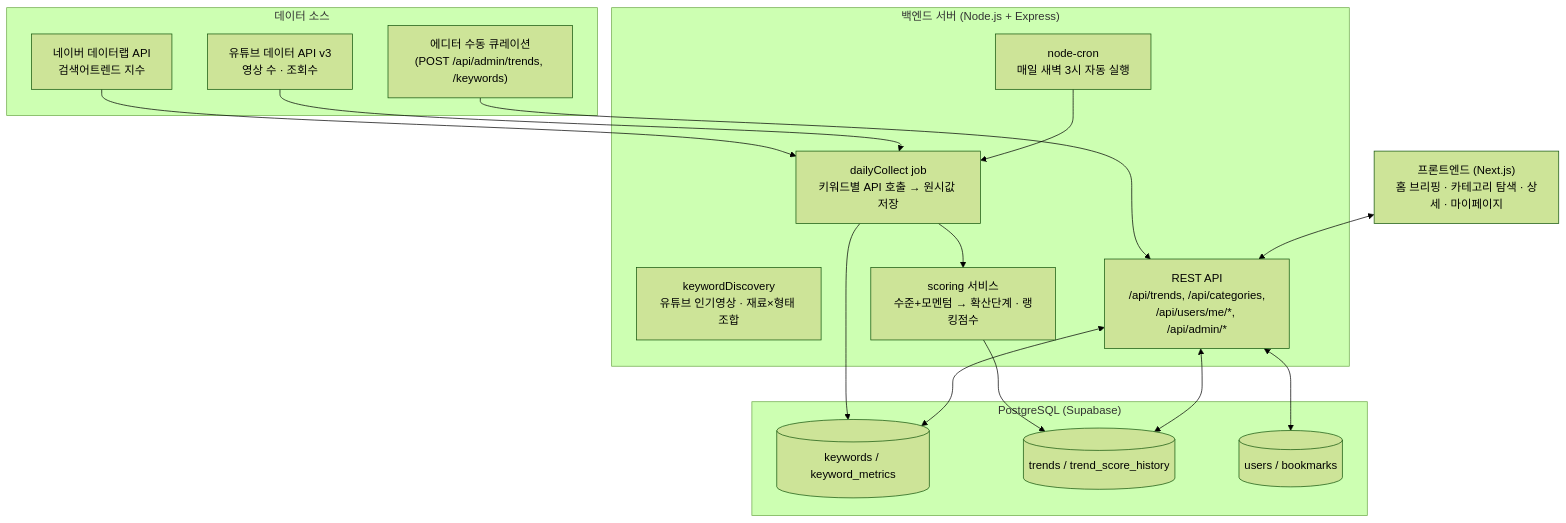
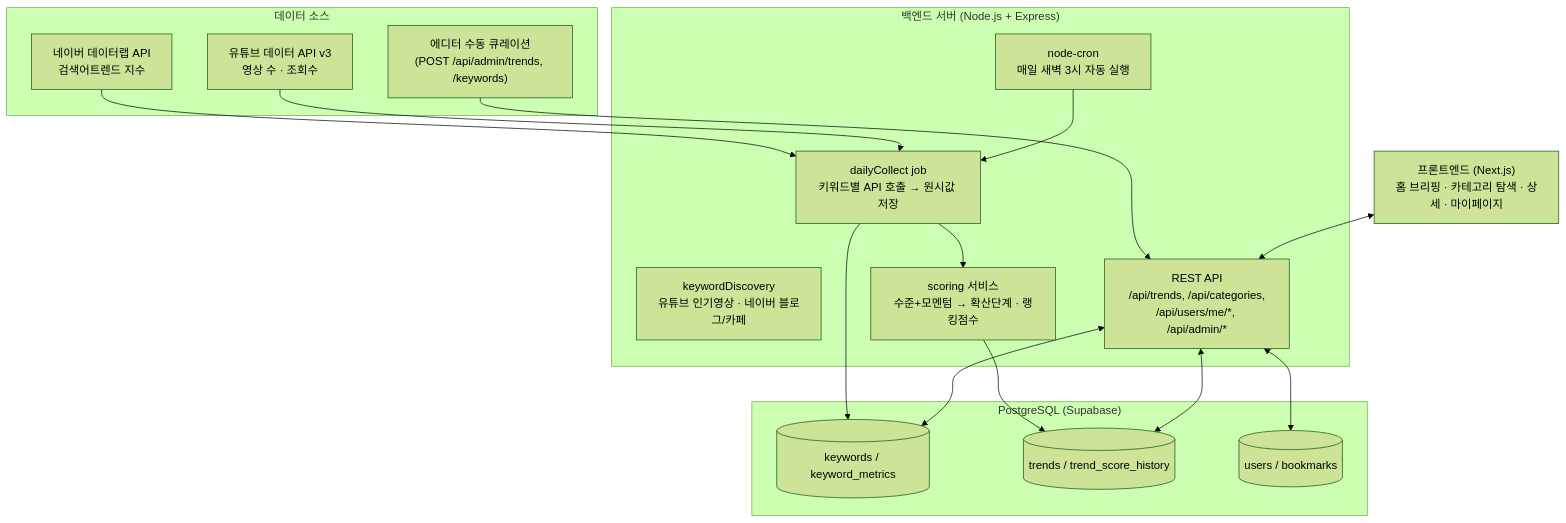
Before and after one commit to madcamp-official/zuki: the first of 2 diagrams in README.md, drawn with Mermaid (forest theme). The commit also changed other lines of this file and 6 other files, not shown here.

First line of the commit message:
feat: 키워드 발굴을 실제 콘텐츠 기반으로 전환 (유튜브 인기영상 + 네이버 블로그/카페)

````diff
--- a/README.md
+++ b/README.md
@@ -94,36 +94,36 @@
 ```mermaid
 graph TB
     subgraph Sources["데이터 소스"]
         Naver["네이버 데이터랩 API<br/>검색어트렌드 지수"]
         Youtube["유튜브 데이터 API v3<br/>영상 수 · 조회수"]
         Editor["에디터 수동 큐레이션<br/>(POST /api/admin/trends, /keywords)"]
     end
 
     subgraph Server["백엔드 서버 (Node.js + Express)"]
         Cron["node-cron<br/>매일 새벽 3시 자동 실행"]
         Collect["dailyCollect job<br/>키워드별 API 호출 → 원시값 저장"]
-        Discover["keywordDiscovery<br/>유튜브 인기영상 · 재료×형태 조합"]
+        Discover["keywordDiscovery<br/>유튜브 인기영상 · 네이버 블로그/카페"]
         Scoring["scoring 서비스<br/>수준+모멘텀 → 확산단계 · 랭킹점수"]
         API["REST API<br/>/api/trends, /api/categories,<br/>/api/users/me/*, /api/admin/*"]
     end
 
     subgraph DB["PostgreSQL (Supabase)"]
         Keywords[("keywords / keyword_metrics")]
         Trends[("trends / trend_score_history")]
         Users[("users / bookmarks")]
     end
 
     Frontend["프론트엔드 (Next.js)<br/>홈 브리핑 · 카테고리 탐색 · 상세 · 마이페이지"]
 
     Naver --> Collect
     Youtube --> Collect
     Editor --> API
     Cron --> Collect
     Collect --> Keywords
     Collect --> Scoring
     Scoring --> Trends
     API <--> Keywords
     API <--> Trends
     API <--> Users
     Frontend <--> API
 ```
````
